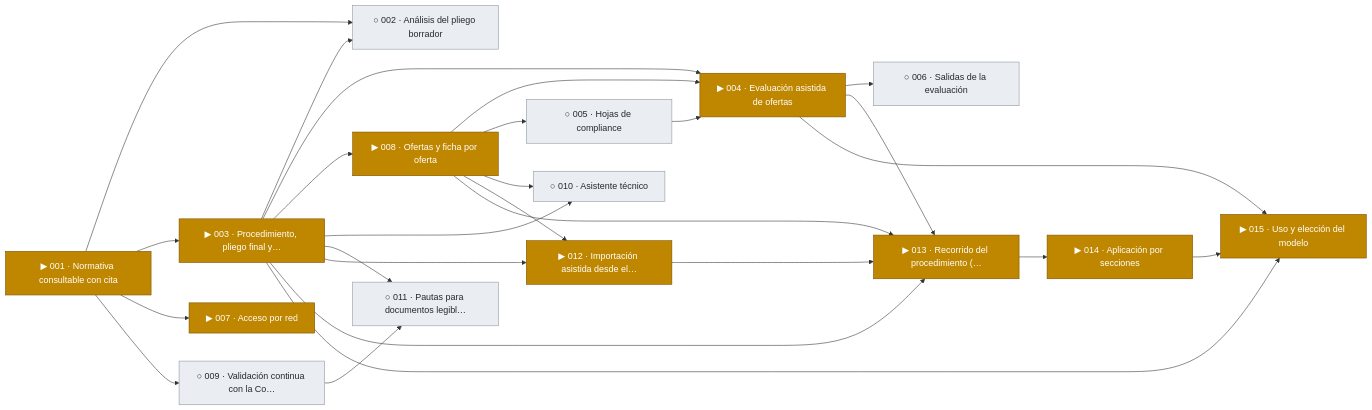
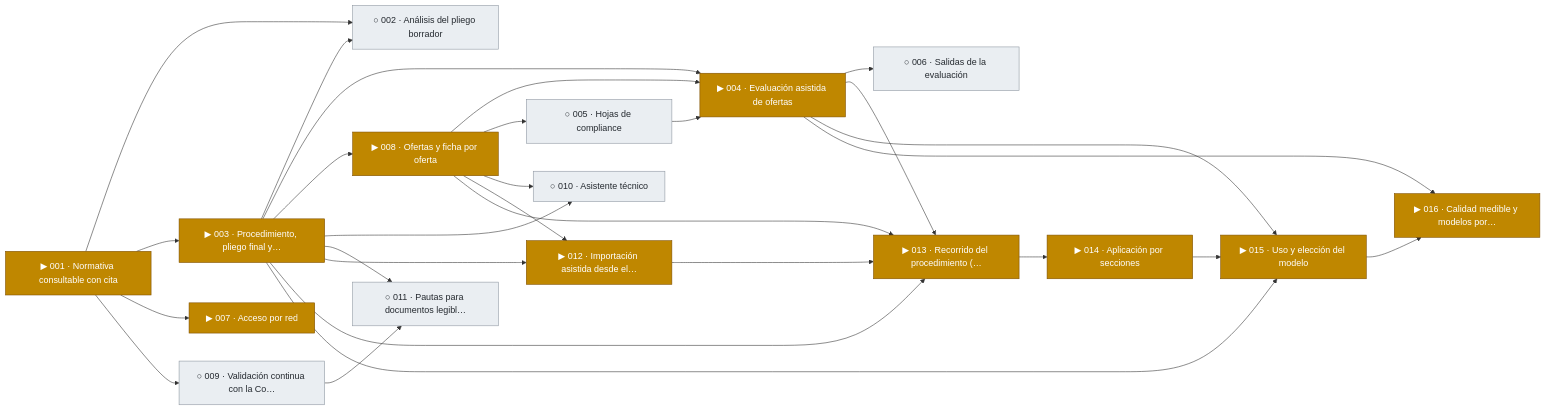
The first of 20 diagrams in docs/tablero.md (snavello/EVALUON), drawn with Mermaid before and after one commit. The commit also changed other lines of this file and 5 other files, not shown here.

````diff
--- a/docs/tablero.md
+++ b/docs/tablero.md
@@ -9,48 +9,51 @@
 ```mermaid
 flowchart LR
   F001["▶ 001 · Normativa consultable con cita"]:::active
   F002["○ 002 · Análisis del pliego borrador"]:::todo
   F003["▶ 003 · Procedimiento, pliego final y…"]:::active
   F004["▶ 004 · Evaluación asistida de ofertas"]:::active
   F005["○ 005 · Hojas de compliance"]:::todo
   F006["○ 006 · Salidas de la evaluación"]:::todo
   F007["▶ 007 · Acceso por red"]:::active
   F008["▶ 008 · Ofertas y ficha por oferta"]:::active
   F009["○ 009 · Validación continua con la Co…"]:::todo
   F010["○ 010 · Asistente técnico"]:::todo
   F011["○ 011 · Pautas para documentos legibl…"]:::todo
   F012["▶ 012 · Importación asistida desde el…"]:::active
   F013["▶ 013 · Recorrido del procedimiento (…"]:::active
   F014["▶ 014 · Aplicación por secciones"]:::active
   F015["▶ 015 · Uso y elección del modelo"]:::active
+  F016["▶ 016 · Calidad medible y modelos por…"]:::active
   F001 --> F002
   F003 --> F002
   F001 --> F003
   F003 --> F004
   F008 --> F004
   F005 --> F004
   F008 --> F005
   F004 --> F006
   F001 --> F007
   F003 --> F008
   F001 --> F009
   F003 --> F010
   F008 --> F010
   F003 --> F011
   F009 --> F011
   F003 --> F012
   F008 --> F012
   F003 --> F013
   F004 --> F013
   F008 --> F013
   F012 --> F013
   F013 --> F014
   F003 --> F015
   F004 --> F015
   F014 --> F015
+  F004 --> F016
+  F015 --> F016
   classDef done fill:#1a7f37,stroke:#116329,color:#ffffff
   classDef review fill:#0969da,stroke:#0550ae,color:#ffffff
   classDef active fill:#bf8700,stroke:#7d4e00,color:#ffffff
   classDef blocked fill:#cf222e,stroke:#a40e26,color:#ffffff
   classDef todo fill:#eaeef2,stroke:#8c959f,color:#24292f
 ```
````
